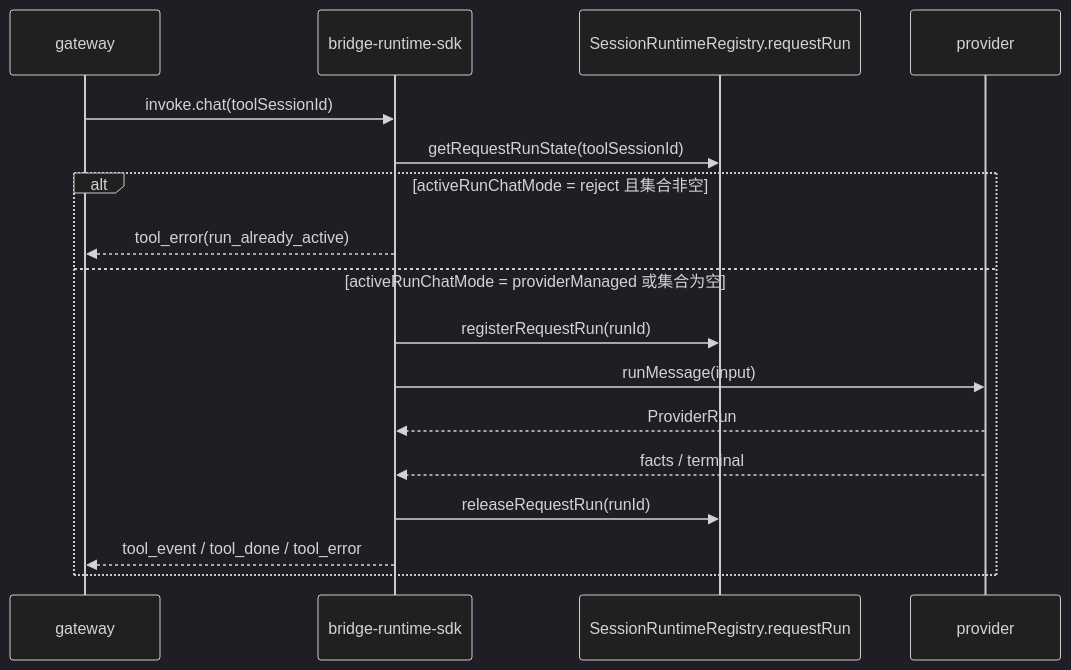
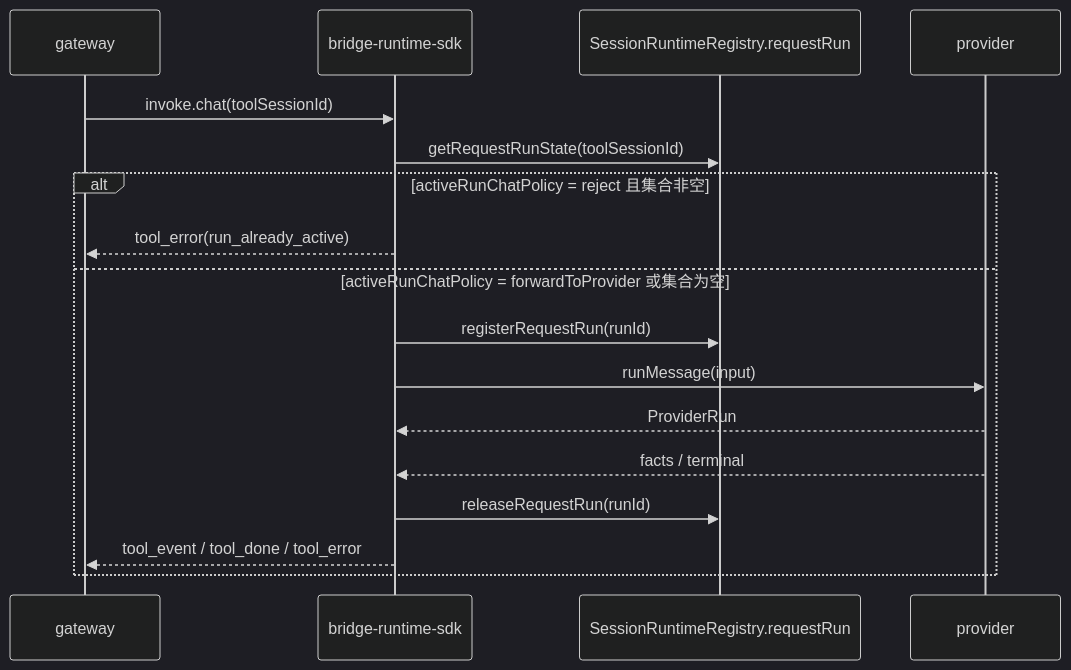
The fifth of 7 diagrams in packages/bridge-runtime-sdk/docs/design/2026-07-06-active-run-chat-policy-design.md (yuzhangCZ/agent-plugin), drawn with Mermaid (dark theme) before and after one commit. The commit also changed other lines of this file and 7 other files, not shown here.

Commit message:
docs(bridge-runtime-sdk): clarify active run policy contracts

````diff
--- a/packages/bridge-runtime-sdk/docs/design/2026-07-06-active-run-chat-policy-design.md
+++ b/packages/bridge-runtime-sdk/docs/design/2026-07-06-active-run-chat-policy-design.md
@@ -214,20 +214,20 @@
 ```mermaid
 sequenceDiagram
     participant gw as gateway
     participant rt as bridge-runtime-sdk
     participant reg as SessionRuntimeRegistry.requestRun
     participant provider as provider
 
     gw->>rt: invoke.chat(toolSessionId)
     rt->>reg: getRequestRunState(toolSessionId)
-    alt activeRunChatMode = reject 且集合非空
+    alt activeRunChatPolicy = reject 且集合非空
         rt-->>gw: tool_error(run_already_active)
-    else activeRunChatMode = providerManaged 或集合为空
+    else activeRunChatPolicy = forwardToProvider 或集合为空
         rt->>reg: registerRequestRun(runId)
         rt->>provider: runMessage(input)
         provider-->>rt: ProviderRun
         provider-->>rt: facts / terminal
         rt->>reg: releaseRequestRun(runId)
         rt-->>gw: tool_event / tool_done / tool_error
     end
 ```
````
